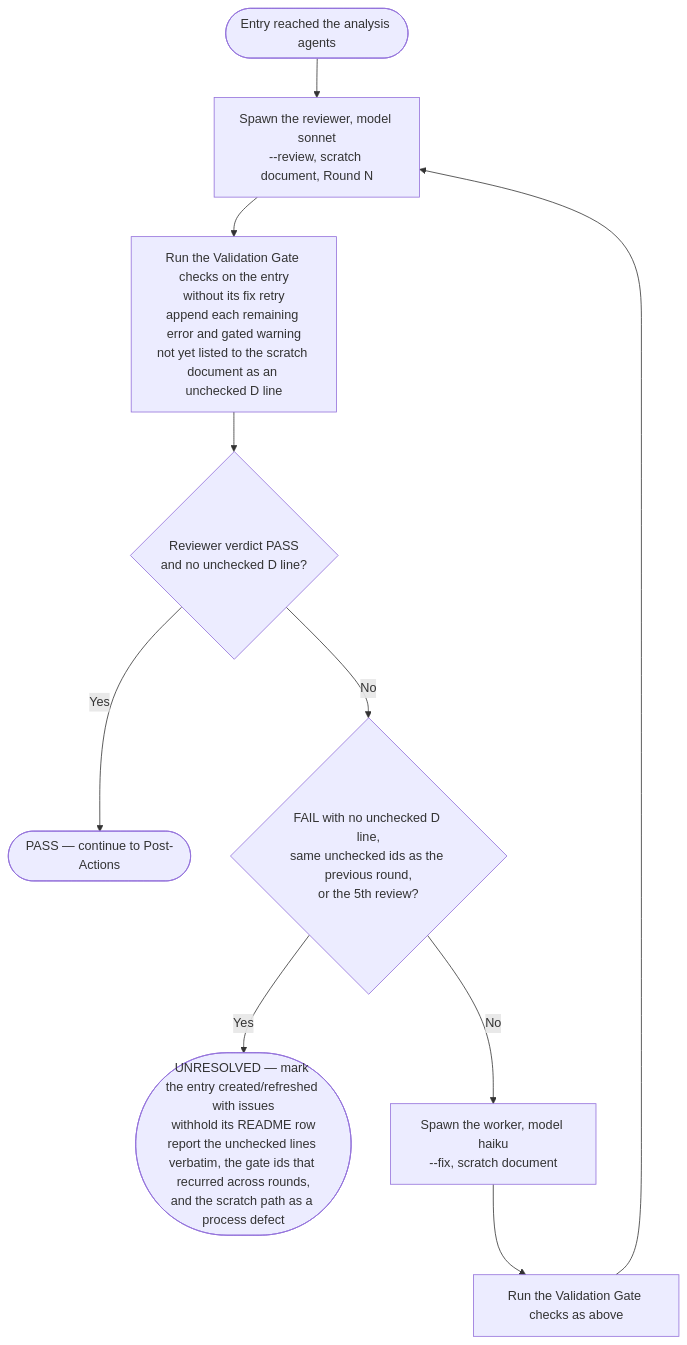
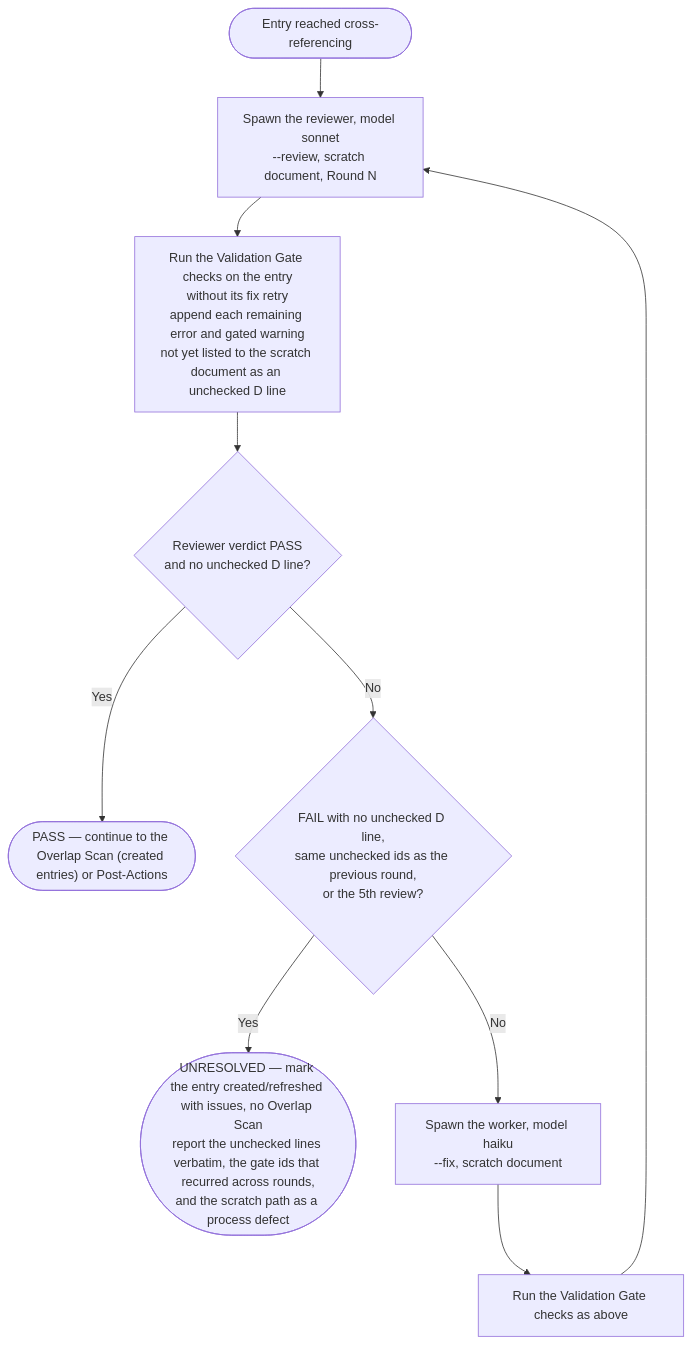
Before and after one commit to Jamie-BitFlight/claude_skills: the fourth of 4 diagrams in .claude/skills/research-curator/SKILL.md, drawn with Mermaid. The commit also changed other lines of this file and 16 other files, not shown here.

````diff
--- a/.claude/skills/research-curator/SKILL.md
+++ b/.claude/skills/research-curator/SKILL.md
@@ -284,12 +278,12 @@
 ```mermaid
 flowchart TD
-    Start(["Entry reached the analysis agents"]) --> Review["Spawn the reviewer, model sonnet<br>--review, scratch document, Round N"]
+    Start(["Entry reached cross-referencing"]) --> Review["Spawn the reviewer, model sonnet<br>--review, scratch document, Round N"]
     Review --> Gate["Run the Validation Gate checks on the entry<br>without its fix retry<br>append each remaining error and gated warning<br>not yet listed to the scratch document as an unchecked D line"]
     Gate --> Q{"Reviewer verdict PASS<br>and no unchecked D line?"}
-    Q -->|"Yes"| Pass(["PASS — continue to Post-Actions"])
+    Q -->|"Yes"| Pass(["PASS — continue to the Overlap Scan (created entries) or Post-Actions"])
     Q -->|"No"| Stop{"FAIL with no unchecked D line,<br>same unchecked ids as the previous round,<br>or the 5th review?"}
-    Stop -->|"Yes"| Unresolved(["UNRESOLVED — mark the entry created/refreshed with issues<br>withhold its README row<br>report the unchecked lines verbatim, the gate ids that recurred across rounds,<br>and the scratch path as a process defect"])
+    Stop -->|"Yes"| Unresolved(["UNRESOLVED — mark the entry created/refreshed with issues, no Overlap Scan<br>report the unchecked lines verbatim, the gate ids that recurred across rounds,<br>and the scratch path as a process defect"])
     Stop -->|"No"| Fix["Spawn the worker, model haiku<br>--fix, scratch document"]
     Fix --> Gate2["Run the Validation Gate checks as above"]
     Gate2 --> Review
 ```
````
